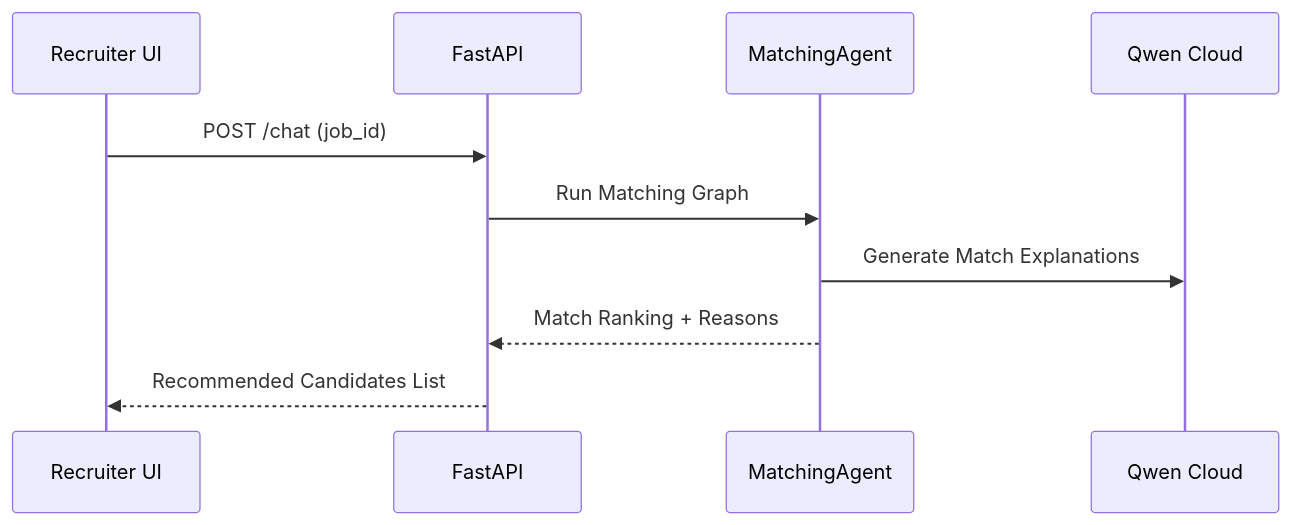
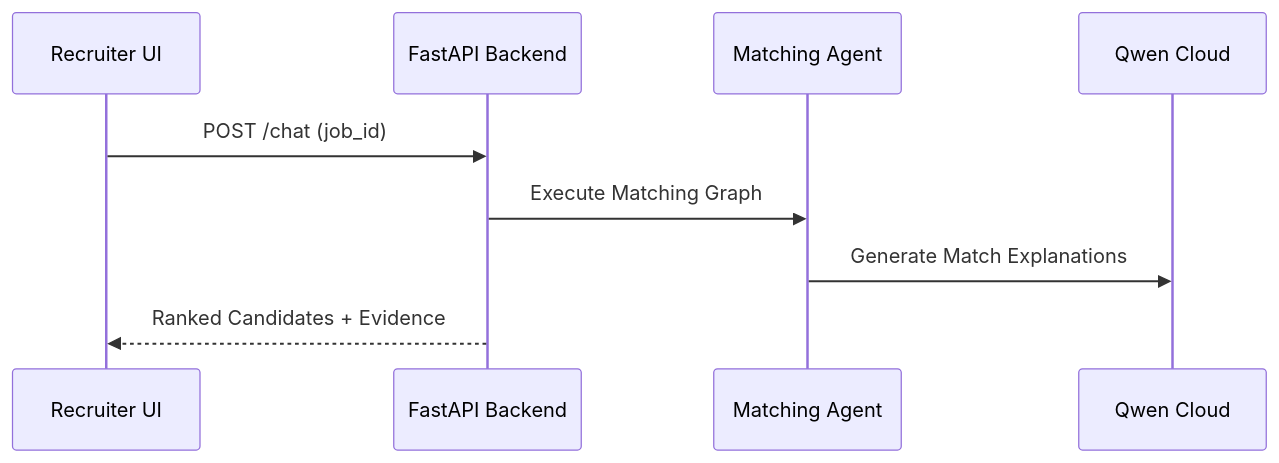
The fifth of 5 diagrams in presentation/slide_generation_prompt.md (linhnguyenviet030704-oss/T099), drawn with Mermaid before and after one commit. The commit also changed other lines of this file and 13 other files, not shown here.

````diff
--- a/presentation/slide_generation_prompt.md
+++ b/presentation/slide_generation_prompt.md
@@ -363,12 +436,11 @@
 ```mermaid
 sequenceDiagram
     participant R as Recruiter UI
-    participant API as FastAPI
-    participant Agent as MatchingAgent
+    participant API as FastAPI Backend
+    participant Agent as Matching Agent
     participant LLM as Qwen Cloud
     R->>API: POST /chat (job_id)
-    API->>Agent: Run Matching Graph
+    API->>Agent: Execute Matching Graph
     Agent->>LLM: Generate Match Explanations
-    Agent-->>API: Match Ranking + Reasons
-    API-->>R: Recommended Candidates List
+    API-->>R: Ranked Candidates + Evidence
 ```
````
